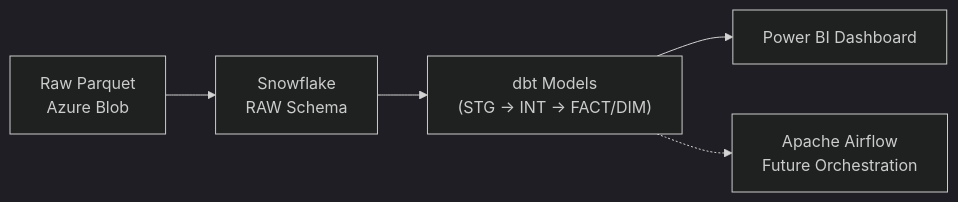
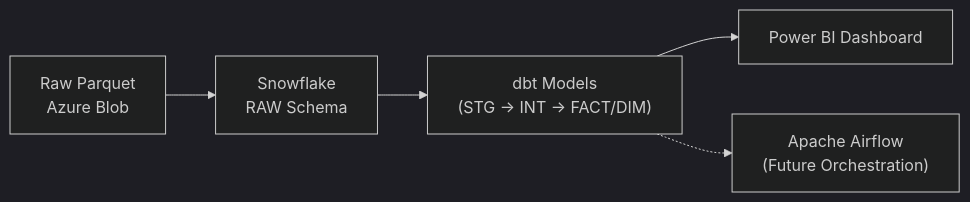
One commit to zaqimegantara/nyc-yellow-taxi-pipeline changed the diagram in README.md. Above: the diagram before and after it, drawn with Mermaid (dark theme).

````diff
--- a/README.md
+++ b/README.md
@@ -29,11 +29,12 @@
 ```mermaid
 flowchart LR
     A["Raw Parquet 
     Azure Blob"] --> B["Snowflake
     RAW Schema"]
     B --> C["dbt Models
     (STG -> INT -> FACT/DIM)"]
     C --> D["Power BI Dashboard"]
-    C -.-> E["Apache Airflow\nFuture Orchestration"]
+    C -.-> E["Apache Airflow 
+    (Future Orchestration)"]
 
 ```
````
